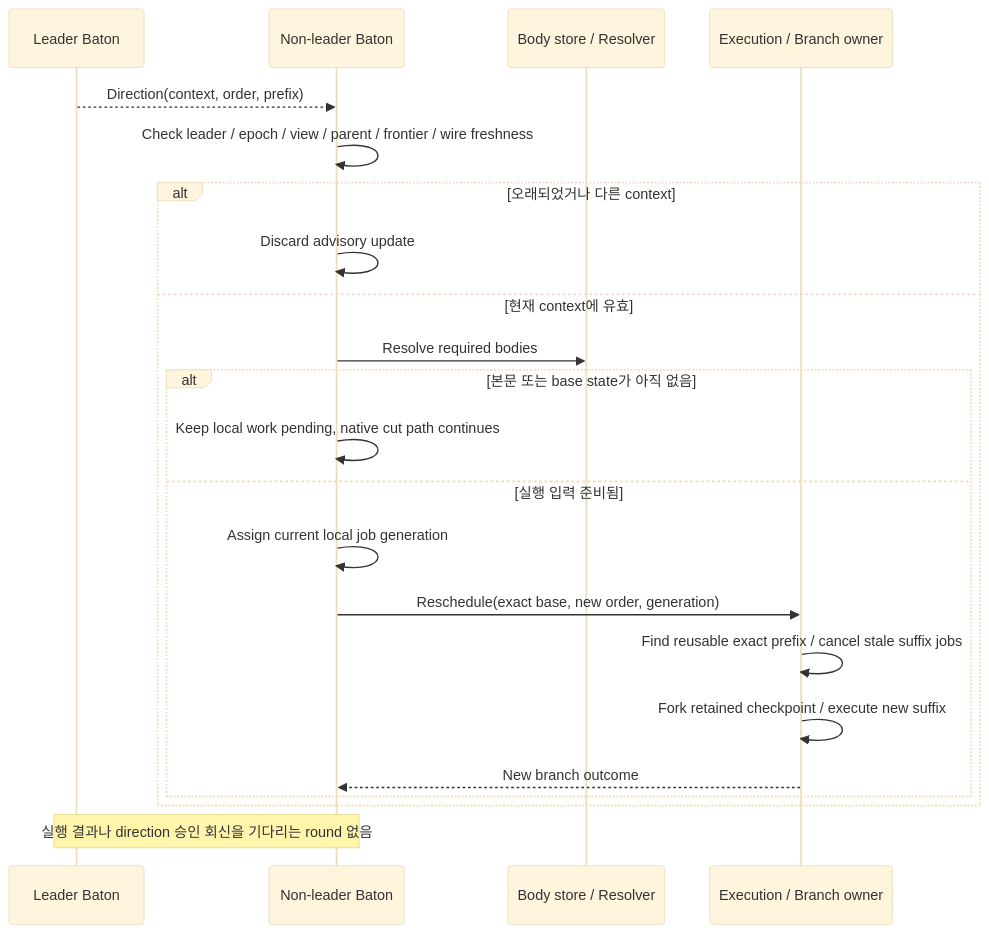
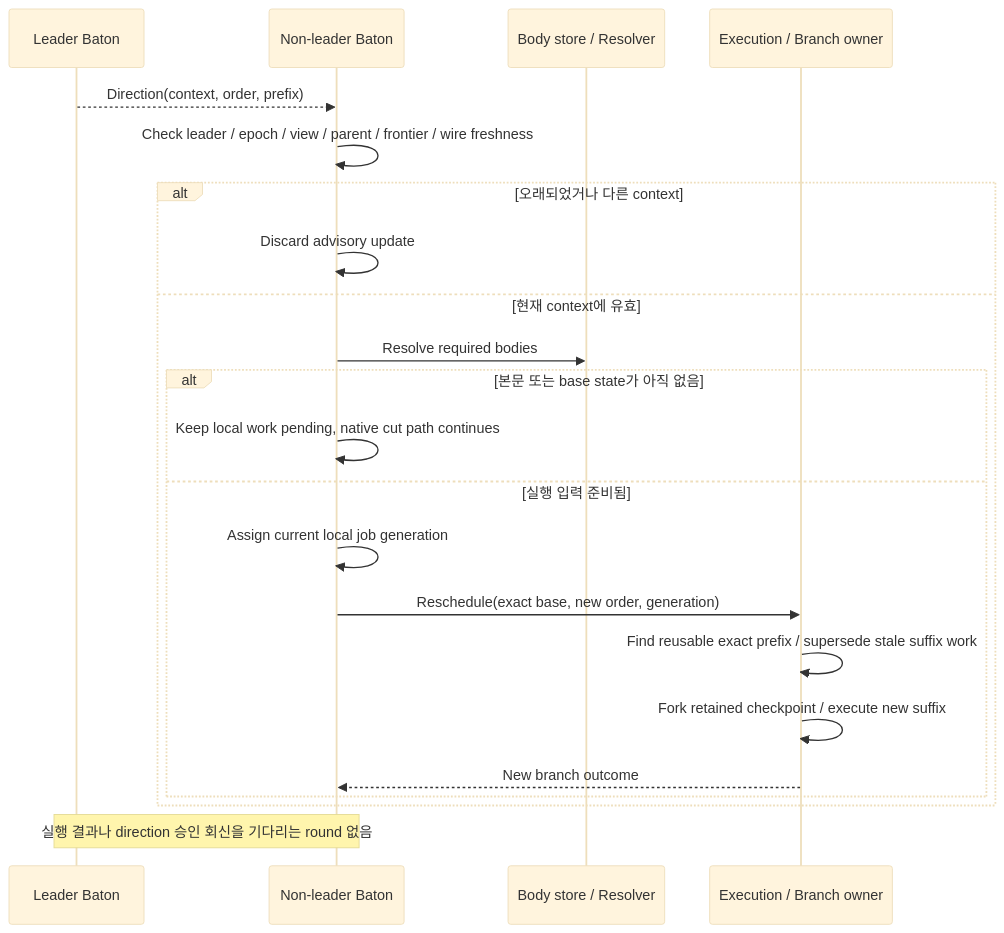
The seventh of 17 diagrams in IMPLEMENTATION_SPEC.md (djm07073/baton-research), drawn with Mermaid (base theme) before and after one commit. The commit also changed other lines of this file and 7 other files, not shown here.

````diff
--- a/IMPLEMENTATION_SPEC.md
+++ b/IMPLEMENTATION_SPEC.md
@@ -366,24 +366,24 @@
 ```mermaid
 sequenceDiagram
     participant L as Leader Baton
     participant B as Non-leader Baton
     participant S as Body store / Resolver
     participant E as Execution / Branch owner
     L-->>B: Direction(context, order, prefix)
     B->>B: Check leader / epoch / view / parent / frontier / wire freshness
     alt 오래되었거나 다른 context
         B->>B: Discard advisory update
     else 현재 context에 유효
         B->>S: Resolve required bodies
         alt 본문 또는 base state가 아직 없음
             B->>B: Keep local work pending, native cut path continues
         else 실행 입력 준비됨
             B->>B: Assign current local job generation
             B->>E: Reschedule(exact base, new order, generation)
-            E->>E: Find reusable exact prefix / cancel stale suffix jobs
+            E->>E: Find reusable exact prefix / supersede stale suffix work
             E->>E: Fork retained checkpoint / execute new suffix
             E-->>B: New branch outcome
         end
     end
     Note over L,B: 실행 결과나 direction 승인 회신을 기다리는 round 없음
 ```
````
